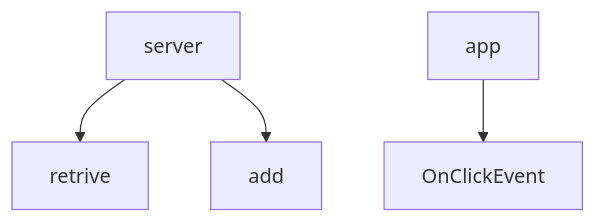
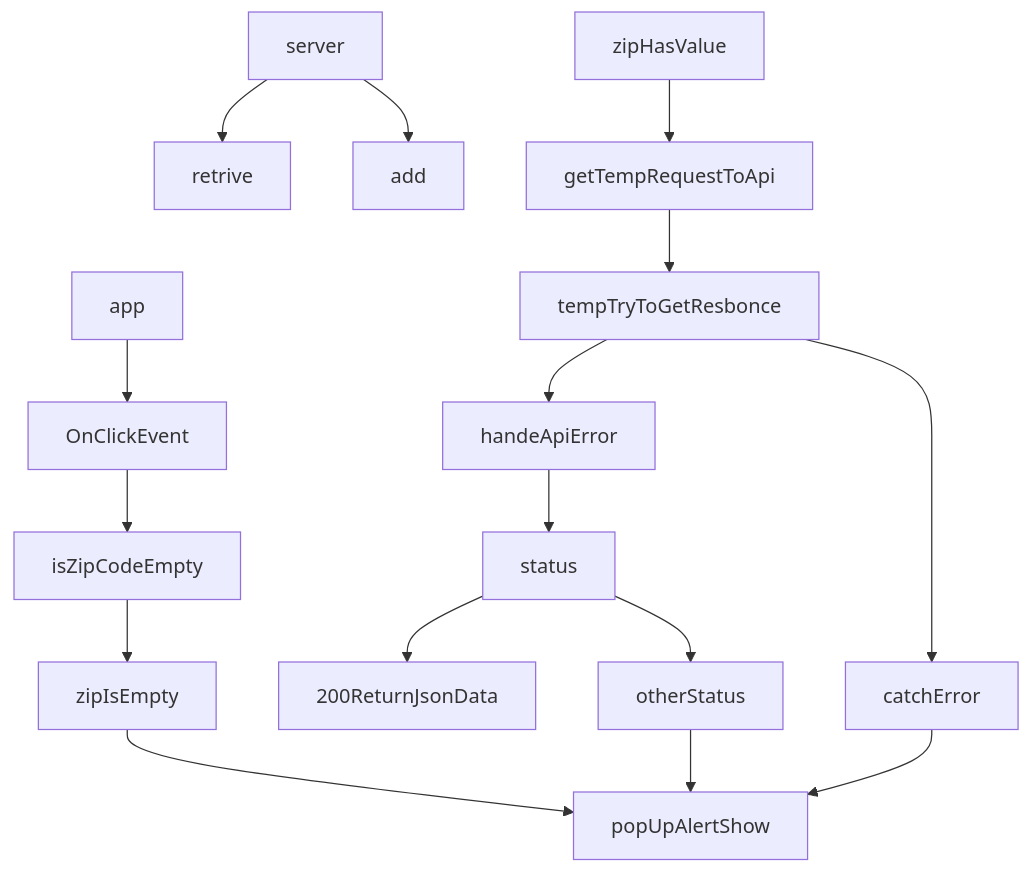
Before and after one commit to Ftohtarek/Udacity-Project: the second of 2 diagrams in weather-journal-app/README.md, drawn with Mermaid.

Commit message:
add readme discriptiton

````diff
--- a/weather-journal-app/README.md
+++ b/weather-journal-app/README.md
@@ -21,10 +21,15 @@
 ```mermaid
 graph TD;
 server-->retrive;
 server-->add;
 app-->OnClickEvent;
+OnClickEvent-->isZipCodeEmpty-->zipIsEmpty-->popUpAlertShow;
+zipHasValue-->getTempRequestToApi;
+getTempRequestToApi-->tempTryToGetResbonce-->handeApiError-->status-->200ReturnJsonData;
+status-->otherStatus-->popUpAlertShow;
+tempTryToGetResbonce-->catchError-->popUpAlertShow;
 
 
 
 
 ```
````
